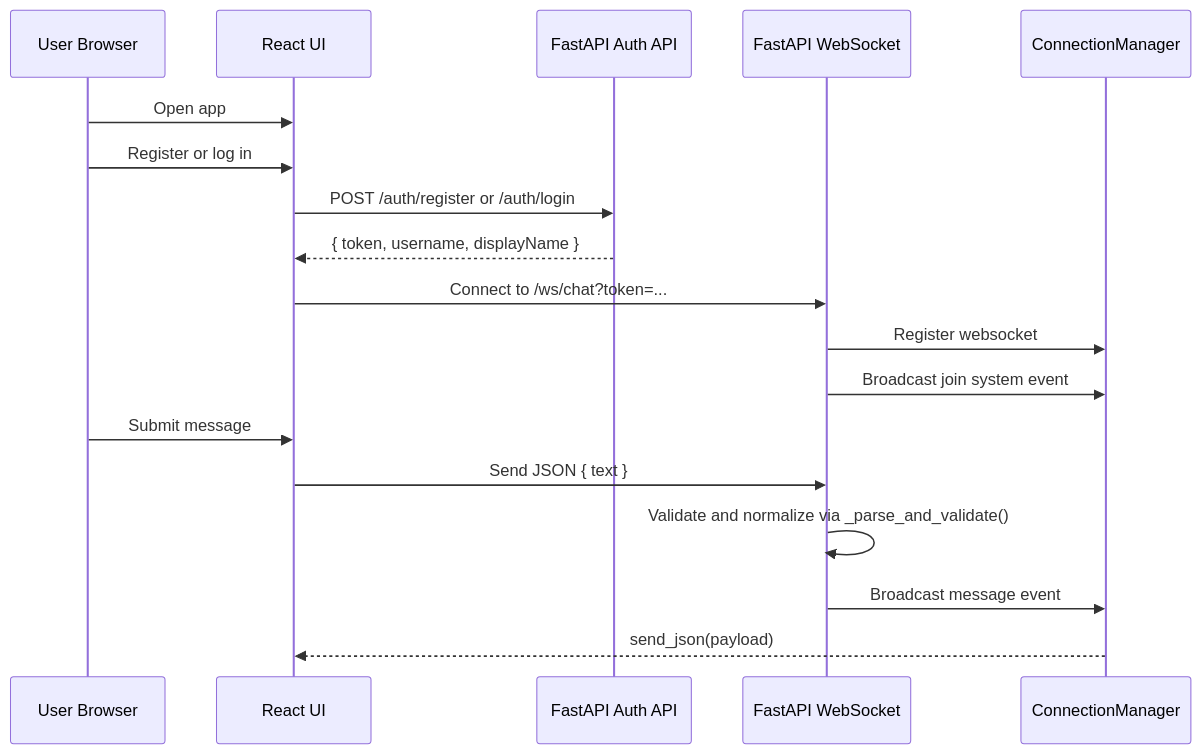
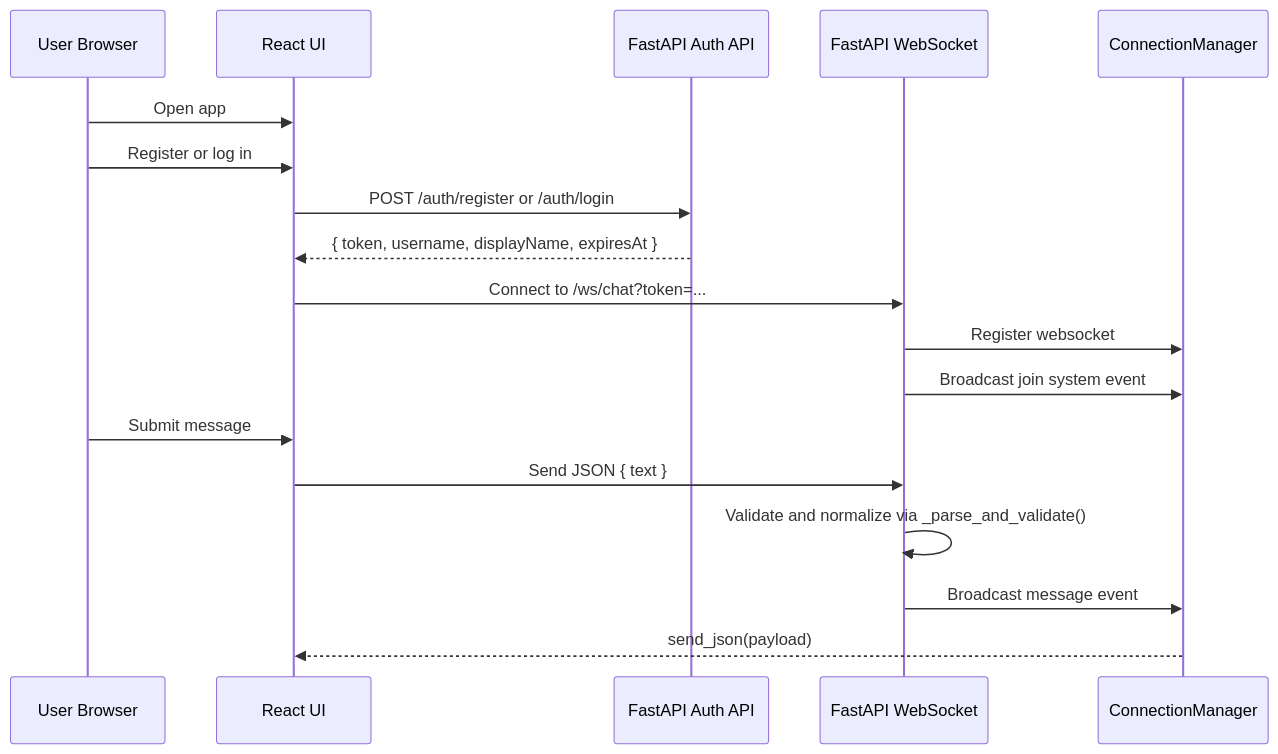
One commit to stigmergist/VibeArch changed the first of 2 diagrams in arch/data-flow.md. Above: the diagram before and after it, drawn with Mermaid. The commit also changed other lines of this file and 17 other files, not shown here.

````diff
--- a/arch/data-flow.md
+++ b/arch/data-flow.md
@@ -5,21 +5,21 @@
 ```mermaid
 sequenceDiagram
    participant U as User Browser
    participant F as React UI
    participant A as FastAPI Auth API
    participant B as FastAPI WebSocket
    participant M as ConnectionManager
 
    U->>F: Open app
    U->>F: Register or log in
    F->>A: POST /auth/register or /auth/login
-   A-->>F: { token, username, displayName }
+   A-->>F: { token, username, displayName, expiresAt }
    F->>B: Connect to /ws/chat?token=...
    B->>M: Register websocket
    B->>M: Broadcast join system event
    U->>F: Submit message
    F->>B: Send JSON { text }
    B->>B: Validate and normalize via _parse_and_validate()
    B->>M: Broadcast message event
    M-->>F: send_json(payload)
 ```
````
